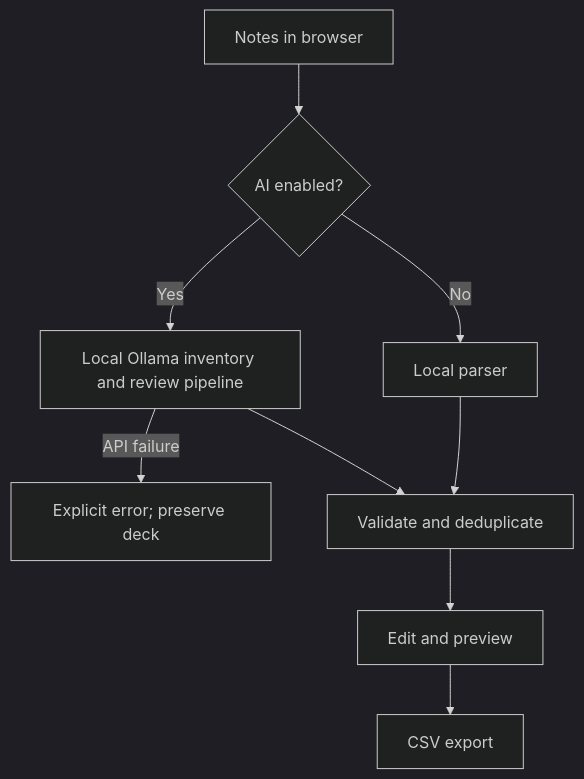
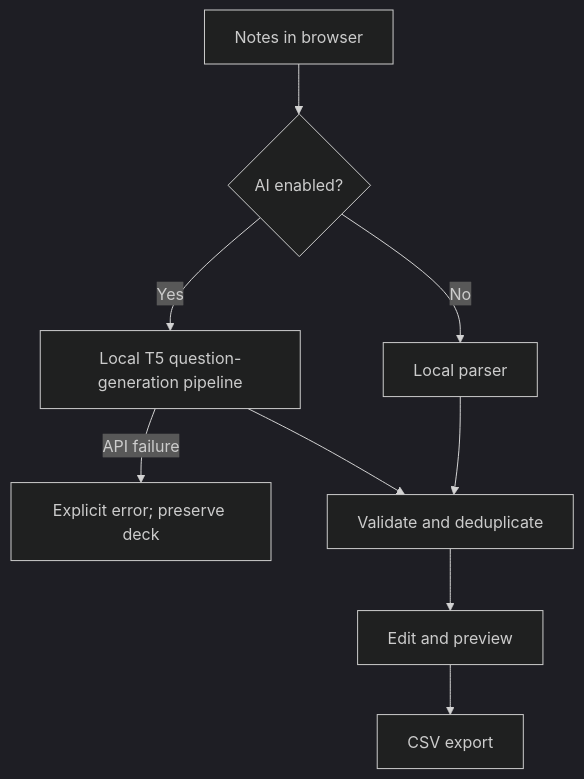
One commit to kevinhshen/Flashcard-Generator-AI changed the diagram in docs/architecture.md. Above: the diagram before and after it, drawn with Mermaid (dark theme). The commit also changed other lines of this file and 13 other files, not shown here.

Commit message:
Embed automatic Hugging Face question generation

````diff
--- a/docs/architecture.md
+++ b/docs/architecture.md
@@ -10,11 +11,11 @@
 ```mermaid
 flowchart TD
     A[Notes in browser] --> B{AI enabled?}
     B -- No --> C[Local parser]
-    B -- Yes --> D[Local Ollama inventory and review pipeline]
+    B -- Yes --> D[Local T5 question-generation pipeline]
     D -- API failure --> H[Explicit error; preserve deck]
     C --> E[Validate and deduplicate]
     D --> E
     E --> F[Edit and preview]
     F --> G[CSV export]
 ```
````
